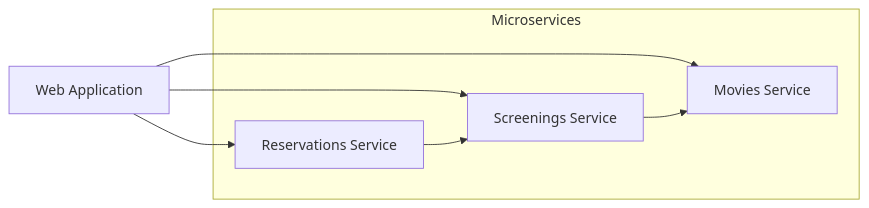
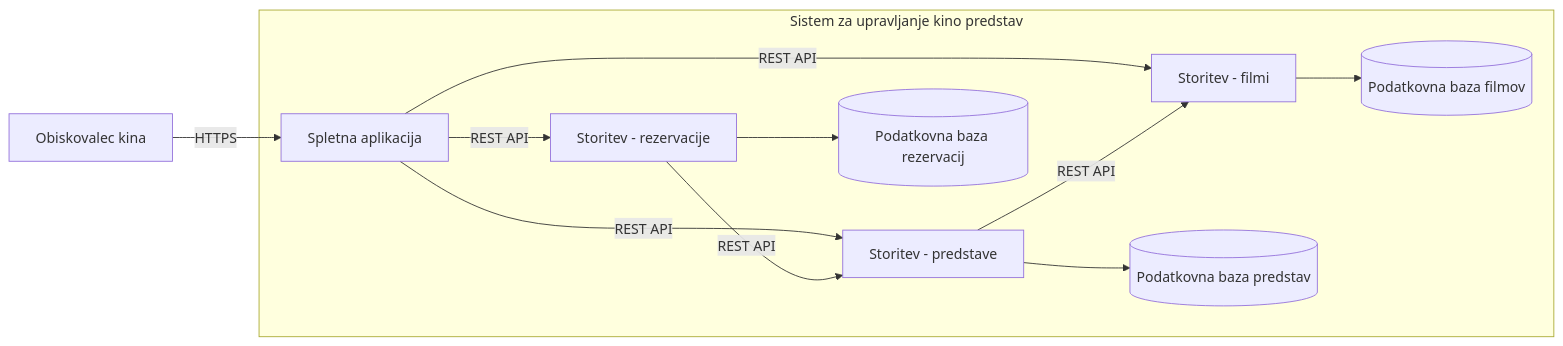
The diagram in README.md (Tanejb/cinema-microservices), drawn with Mermaid before and after one commit.

````diff
--- a/README.md
+++ b/README.md
@@ -150,17 +150,17 @@
 ```mermaid
 flowchart LR
-    UI[Web Application]
+    U[Obiskovalec kina] -->|HTTPS| W[Spletna aplikacija]
 
-    subgraph Microservices
-        M[Movies Service]
-        S[Screenings Service]
-        R[Reservations Service]
+    subgraph Sistem za upravljanje kino predstav
+        W -->|REST API| M[Storitev - filmi]
+        W -->|REST API| S[Storitev - predstave]
+        W -->|REST API| R[Storitev - rezervacije]
+
+        M --> MDB[(Podatkovna baza filmov)]
+        S --> SDB[(Podatkovna baza predstav)]
+        R --> RDB[(Podatkovna baza rezervacij)]
+
+        S -->|REST API| M
+        R -->|REST API| S
     end
-
-    UI --> M
-    UI --> S
-    UI --> R
-
-    S --> M
-    R --> S
 ```
````
